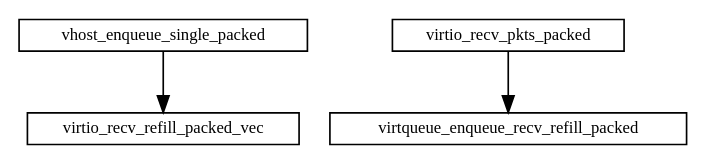
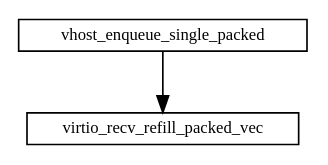
One commit to sisyphus1212/note changed the third of 3 diagrams in 虚拟化/virtio.md. Above: the diagram before and after it, drawn with Graphviz.

Commit message:
auto_update

````diff
--- a/虚拟化/virtio.md
+++ b/虚拟化/virtio.md
@@ -72,12 +72,11 @@
 ```graphviz
 digraph {
     fontname="Helvetica,Arial,sans-serif"
     //node [fontname="Helvetica,Arial,sans-serif"]
     //edge [fontname="Helvetica,Arial,sans-serif"]
     //rankdir="LR"
     node [fontsize=10, shape=record, height=0.25]
     edge [fontsize=10]
     vhost_enqueue_single_packed -> virtio_recv_refill_packed_vec
-    virtio_recv_pkts_packed -> virtqueue_enqueue_recv_refill_packed
 }
 ```
````
